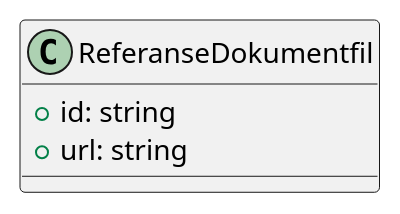
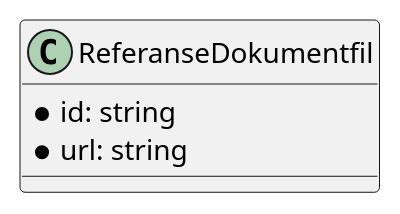
One commit to ks-no/fiks-saksfaser-specification changed the diagram in Dokumentasjon/V1/ClassDiagrams/no.ks.fiks.saksfaser.v1.felles.referansedokumentfil/classdiagram.pu. Above: the diagram before and after it, drawn with PlantUML. The commit also changed 13 other files, not shown here.

```diff
--- a/Dokumentasjon/V1/ClassDiagrams/no.ks.fiks.saksfaser.v1.felles.referansedokumentfil/classdiagram.pu
+++ b/Dokumentasjon/V1/ClassDiagrams/no.ks.fiks.saksfaser.v1.felles.referansedokumentfil/classdiagram.pu
@@ -1,8 +1,8 @@
 @startuml
 
 class ReferanseDokumentfil {
-    +id: string
-    +url: string
+    *id: string
+    *url: string
 }
 
 @enduml
```
